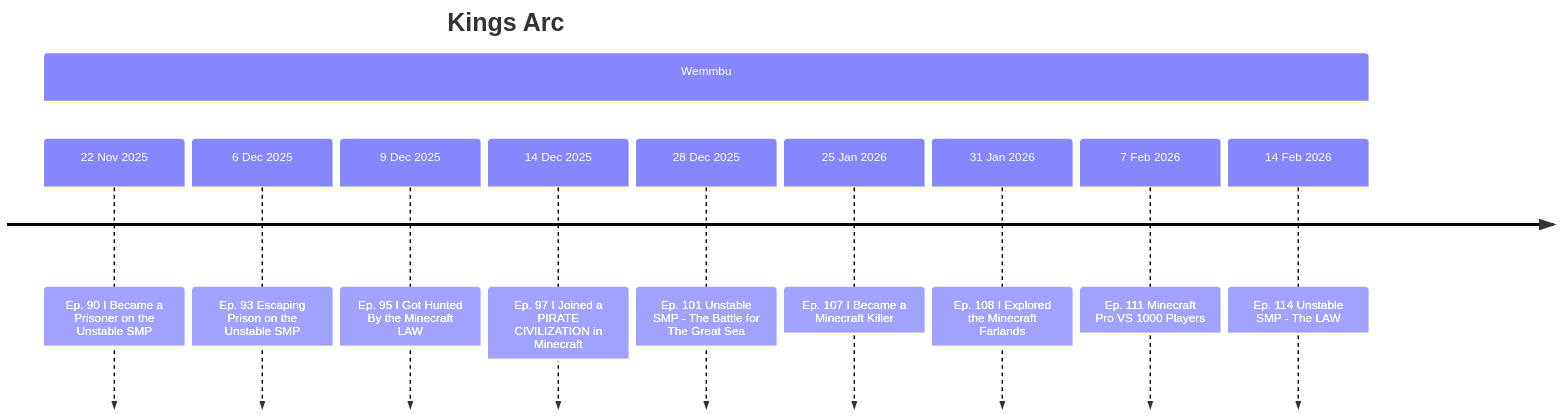
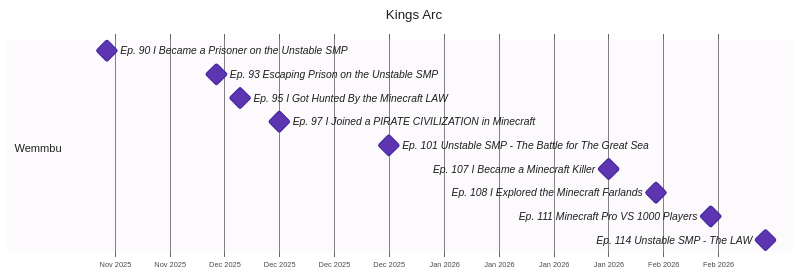
Before and after one commit to That1Guy005/Unstable-Wiki: the diagram in docs/arcs/kings-arc.md, drawn with Mermaid. The commit also changed other lines of this file and 57 other files, not shown here.

Commit message:
feat: improved readability charts

````diff
--- a/docs/arcs/kings-arc.md
+++ b/docs/arcs/kings-arc.md
@@ -23,14 +25,18 @@
 ```mermaid
-timeline
+%%{init: {"theme": "base", "themeVariables": {"fontFamily": "Roboto, Helvetica, Arial, sans-serif", "fontSize": "15px", "primaryTextColor": "#1f1f1f", "textColor": "#1f1f1f", "titleColor": "#1f1f1f", "gridColor": "#d0d0d8", "taskBkgColor": "#5e35b1", "taskBorderColor": "#4527a0", "taskTextColor": "#ffffff", "taskTextLightColor": "#ffffff", "taskTextDarkColor": "#1f1f1f", "taskTextOutsideColor": "#1f1f1f", "taskTextClickableColor": "#1f1f1f", "sectionBkgColor": "#ede7f6", "altSectionBkgColor": "#ffffff", "sectionBkgColor2": "#fff3d6"}, "gantt": {"barHeight": 26, "barGap": 6, "fontSize": 14, "sectionFontSize": 15, "leftPadding": 135, "topPadding": 54, "gridLineStartPadding": 40, "titleTopMargin": 24}, "themeCSS": ".titleText{font-size:20px;font-weight:600;fill:#1f1f1f} .sectionTitle{font-size:15px;font-weight:600;fill:#1f1f1f} .tick text{font-size:13px;fill:#333} .taskText,.taskTextOutsideRight,.taskTextOutsideLeft{font-size:14px} .milestone{fill:#5e35b1;stroke:#4527a0}"}}%%
+gantt
     title Kings Arc
+    dateFormat YYYY-MM-DD
+    axisFormat %b %Y
+    todayMarker off
     section Wemmbu
-        22 Nov 2025 : Ep. 90 I Became a Prisoner on the Unstable SMP
-        6 Dec 2025 : Ep. 93 Escaping Prison on the Unstable SMP
-        9 Dec 2025 : Ep. 95 I Got Hunted By the Minecraft LAW
-        14 Dec 2025 : Ep. 97 I Joined a PIRATE CIVILIZATION in Minecraft
-        28 Dec 2025 : Ep. 101 Unstable SMP - The Battle for The Great Sea
-        25 Jan 2026 : Ep. 107 I Became a Minecraft Killer
-        31 Jan 2026 : Ep. 108 I Explored the Minecraft Farlands
-        7 Feb 2026 : Ep. 111 Minecraft Pro VS 1000 Players
-        14 Feb 2026 : Ep. 114 Unstable SMP - The LAW
+    Ep. 90 I Became a Prisoner on the Unstable SMP : milestone, m0, 2025-11-22, 0d
+    Ep. 93 Escaping Prison on the Unstable SMP : milestone, m1, 2025-12-06, 0d
+    Ep. 95 I Got Hunted By the Minecraft LAW : milestone, m2, 2025-12-09, 0d
+    Ep. 97 I Joined a PIRATE CIVILIZATION in Minecraft : milestone, m3, 2025-12-14, 0d
+    Ep. 101 Unstable SMP - The Battle for The Great Sea : milestone, m4, 2025-12-28, 0d
+    Ep. 107 I Became a Minecraft Killer : milestone, m5, 2026-01-25, 0d
+    Ep. 108 I Explored the Minecraft Farlands : milestone, m6, 2026-01-31, 0d
+    Ep. 111 Minecraft Pro VS 1000 Players : milestone, m7, 2026-02-07, 0d
+    Ep. 114 Unstable SMP - The LAW : milestone, m8, 2026-02-14, 0d
 ```
````
